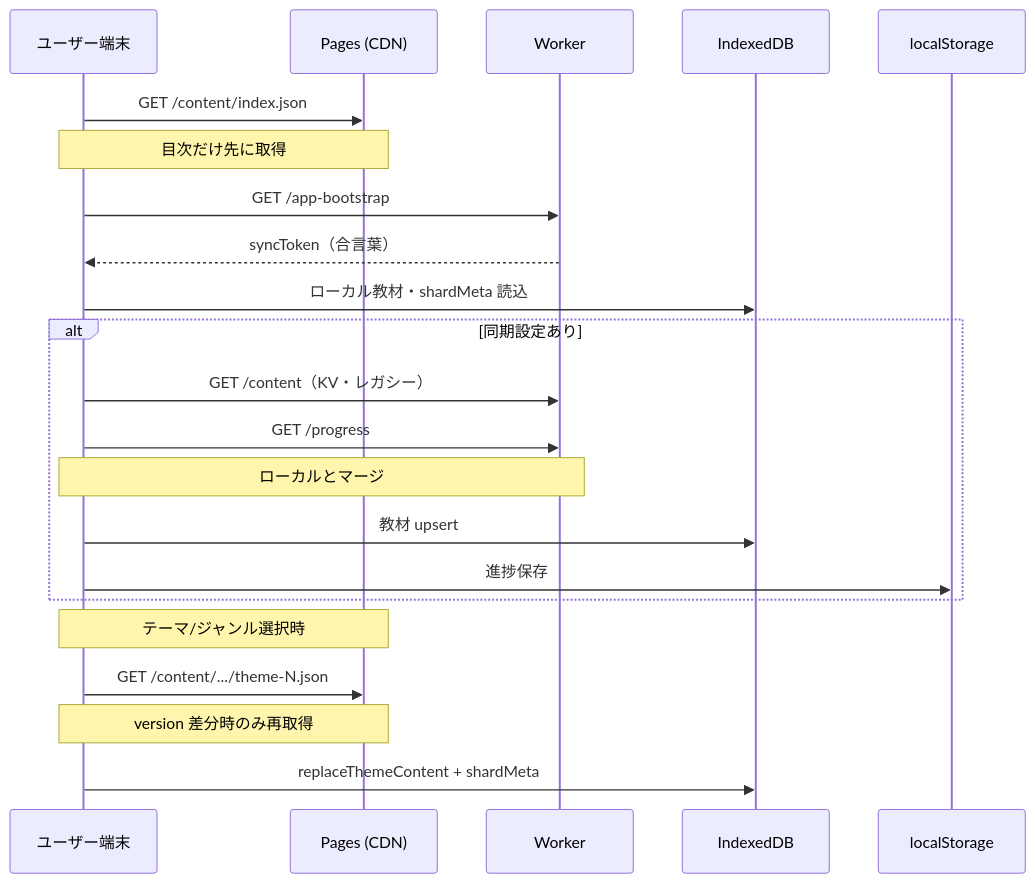
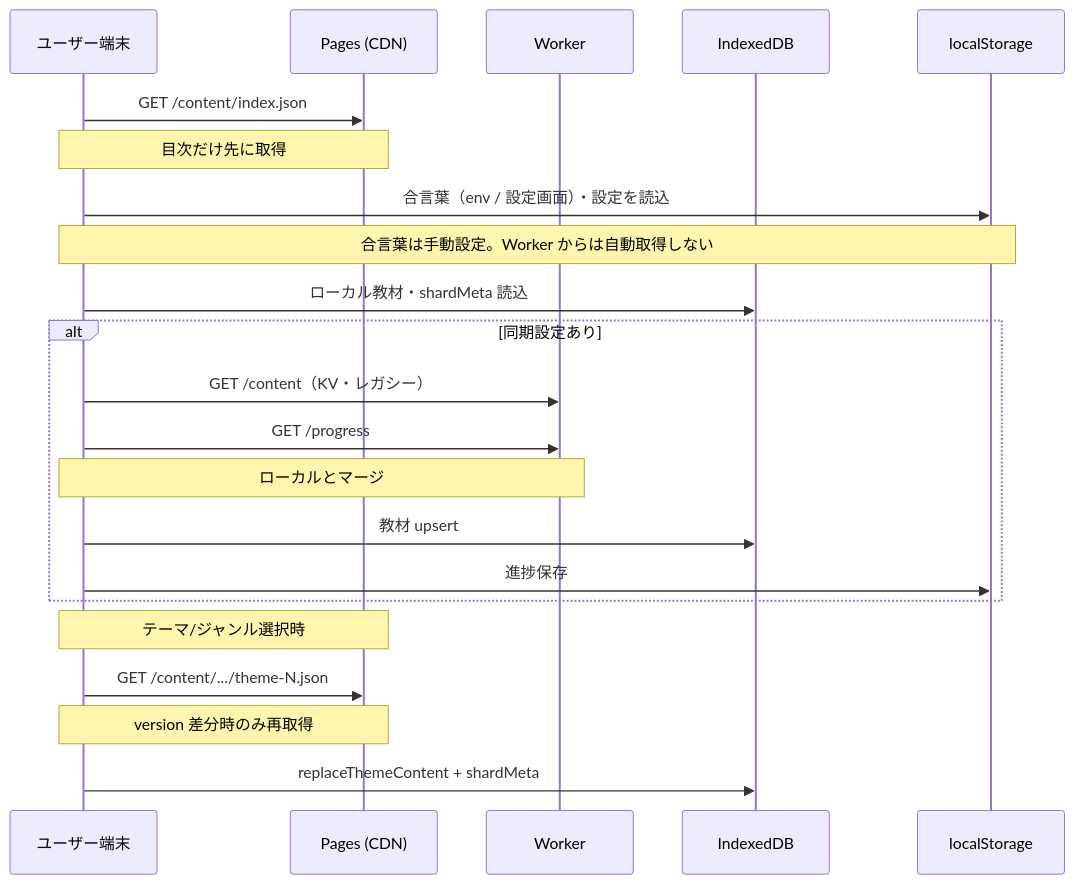
One commit to ByungsooLee/ielts-study changed the third of 9 diagrams in docs/システム構成.md. Above: the diagram before and after it, drawn with Mermaid. The commit also changed other lines of this file and 6 other files, not shown here.

````diff
--- a/docs/システム構成.md
+++ b/docs/システム構成.md
@@ -97,29 +97,29 @@
 ```mermaid
 sequenceDiagram
   participant U as ユーザー端末
   participant P as Pages (CDN)
   participant W as Worker
   participant IDB as IndexedDB
   participant LS as localStorage
 
   U->>P: GET /content/index.json
   Note over U,P: 目次だけ先に取得
 
-  U->>W: GET /app-bootstrap
-  W-->>U: syncToken（合言葉）
+  U->>LS: 合言葉（env / 設定画面）・設定を読込
+  Note over U,LS: 合言葉は手動設定。Worker からは自動取得しない
 
   U->>IDB: ローカル教材・shardMeta 読込
 
   alt 同期設定あり
     U->>W: GET /content（KV・レガシー）
     U->>W: GET /progress
     Note over U,W: ローカルとマージ
     U->>IDB: 教材 upsert
     U->>LS: 進捗保存
   end
 
   Note over U,P: テーマ/ジャンル選択時
   U->>P: GET /content/.../theme-N.json
   Note over U,P: version 差分時のみ再取得
   U->>IDB: replaceThemeContent + shardMeta
 ```
````
